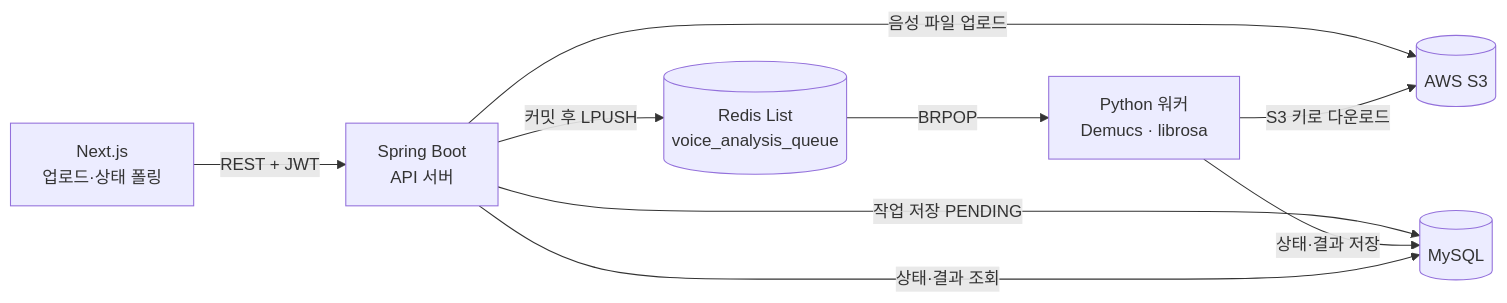
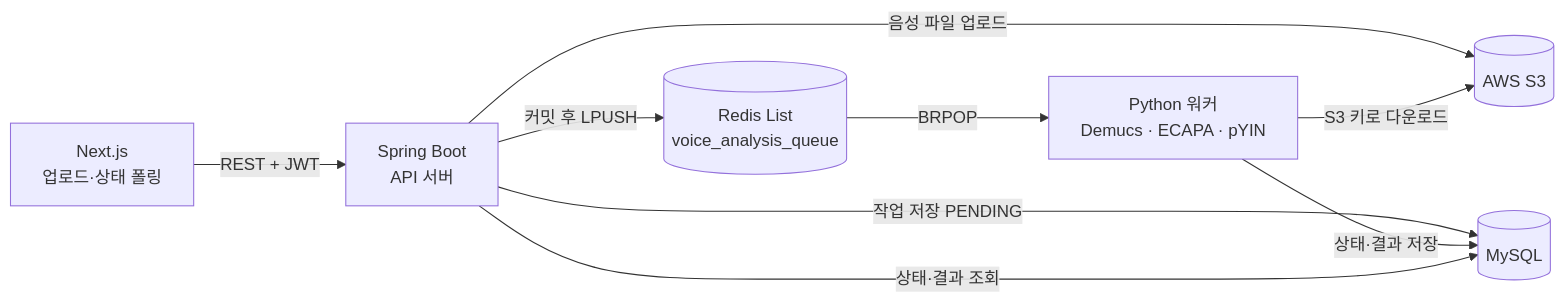
Before and after one commit to djatjs/MyVoicePick: the diagram in README.md, drawn with Mermaid. The commit also changed other lines of this file and 1 other file, not shown here.

````diff
--- a/README.md
+++ b/README.md
@@ -17,11 +18,11 @@
 ```mermaid
 graph LR
     Client["Next.js<br/>업로드·상태 폴링"] -->|REST + JWT| API["Spring Boot<br/>API 서버"]
     API -->|음성 파일 업로드| S3[("AWS S3")]
     API -->|작업 저장 PENDING| DB[("MySQL")]
     API -->|커밋 후 LPUSH| Redis[("Redis List<br/>voice_analysis_queue")]
-    Redis -->|BRPOP| Worker["Python 워커<br/>Demucs · librosa"]
+    Redis -->|BRPOP| Worker["Python 워커<br/>Demucs · ECAPA · pYIN"]
     Worker -->|S3 키로 다운로드| S3
     Worker -->|상태·결과 저장| DB
     API -->|상태·결과 조회| DB
 ```
````
